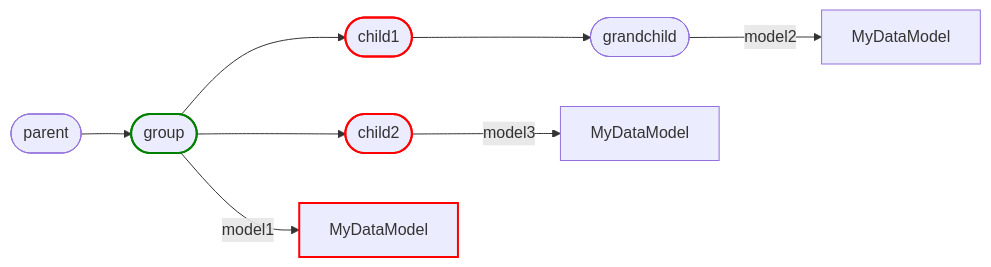
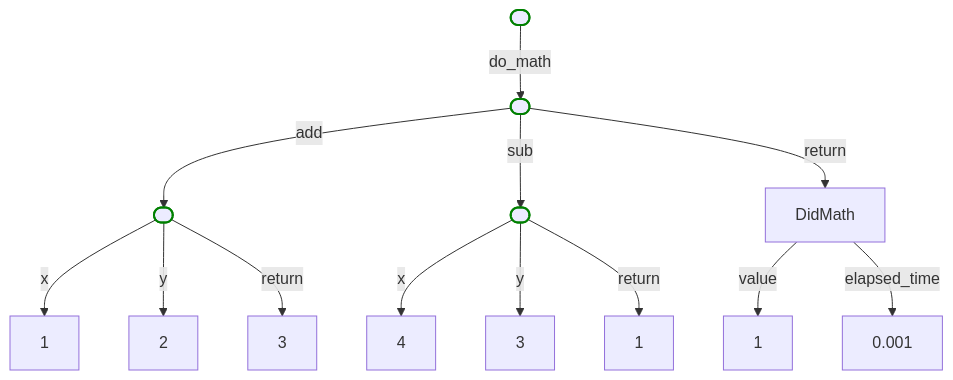
Before and after one commit to rmorshea/artigraph: the third of 7 diagrams in docs/filtering.md, drawn with Mermaid. The commit also changed other lines of this file, not shown here.

````diff
--- a/docs/filtering.md
+++ b/docs/filtering.md
@@ -205,24 +173,34 @@
 ```mermaid
-graph LR
-    p([parent])
-    n([group])
-    c1([child1])
-    c2([child2])
-    g([grandchild])
-    m1[MyDataModel]
-    m2[MyDataModel]
-    m3[MyDataModel]
+graph TD
+    r([ ])
+    d([ ])
+    a([ ])
+    s([ ])
+    d_return[DidMath]
+    d_return_value[1]
+    d_return_elapsed_time[0.001]
+    a_x[1]
+    a_y[2]
+    a_return[3]
+    s_x[4]
+    s_y[3]
+    s_return[1]
 
-    style n stroke:green,stroke-width:2px
-    style c1 stroke:red,stroke-width:2px
-    style c2 stroke:red,stroke-width:2px
-    style m1 stroke:red,stroke-width:2px
+    style r stroke:green,stroke-width:2px
+    style d stroke:green,stroke-width:2px
+    style a stroke:green,stroke-width:2px
+    style s stroke:green,stroke-width:2px
 
-    p --> n
-    n --> |model1| m1
-    n --> c1
-    n --> c2
-    c1 --> g
-    g --> |model2| m2
-    c2 --> |model3| m3
+    r --> |do_math| d
+    d --> |add| a
+    d --> |sub| s
+    d --> |return| d_return
+    a --> |x| a_x
+    a --> |y| a_y
+    a --> |return| a_return
+    s --> |x| s_x
+    s --> |y| s_y
+    s --> |return| s_return
+    d_return --> |value| d_return_value
+    d_return --> |elapsed_time| d_return_elapsed_time
 ```
````
